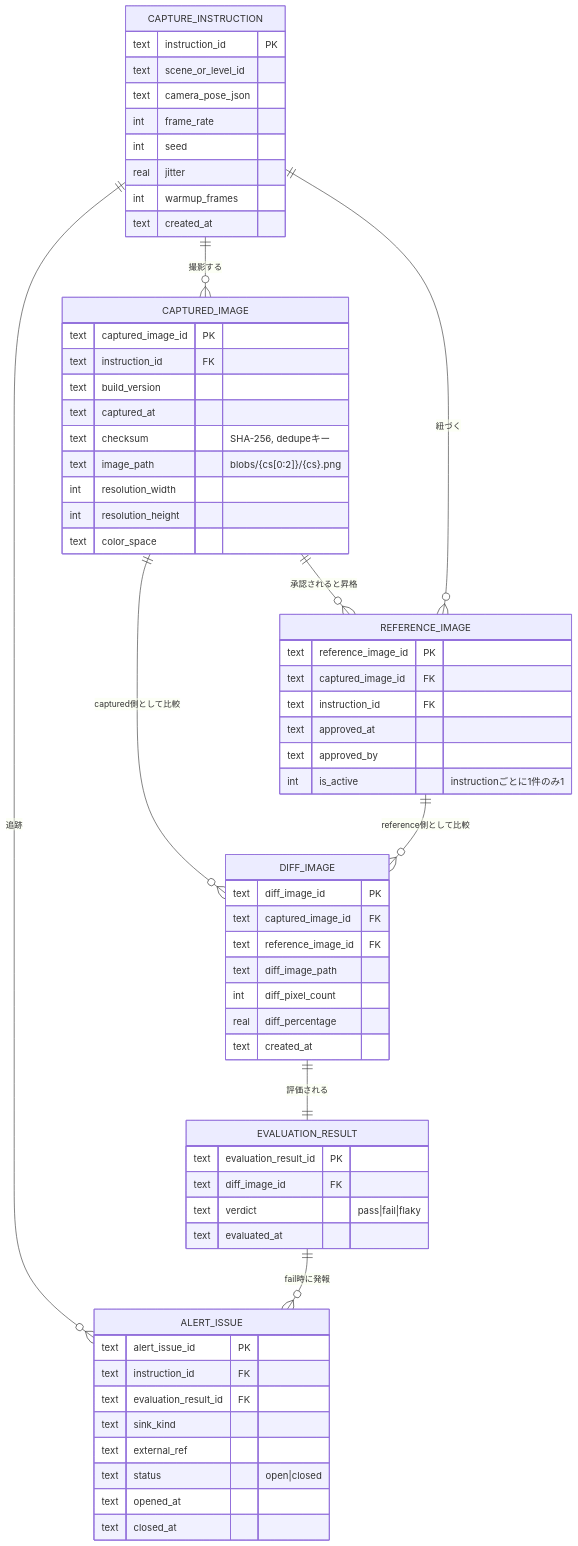
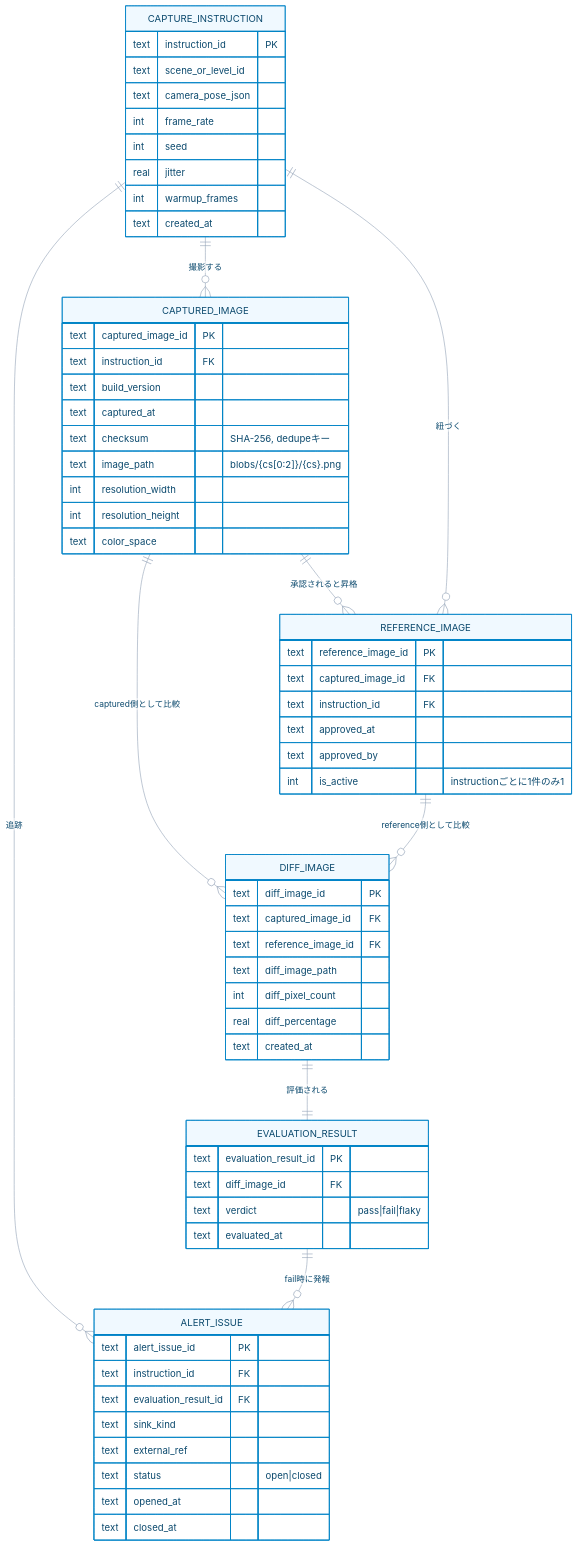
One commit to manato1201/VisualRegressionQATool changed the second of 7 diagrams in docs/ARCHITECTURE.md. Above: the diagram before and after it, drawn with Mermaid. The commit also changed other lines of this file and 18 other files, not shown here.

First line of the commit message:
CaptureAgent の共通インターフェース(Unity/Houdini)を追加し、図に色を付けた

````diff
--- a/docs/ARCHITECTURE.md
+++ b/docs/ARCHITECTURE.md
@@ -57,66 +75,67 @@
 ```mermaid
+%%{init: {'theme': 'base', 'themeVariables': { 'primaryColor': '#f0f9ff', 'primaryBorderColor': '#0284c7', 'primaryTextColor': '#0c4a6e', 'lineColor': '#94a3b8', 'fontFamily': 'Inter, sans-serif' }}}%%
 erDiagram
     CAPTURE_INSTRUCTION ||--o{ CAPTURED_IMAGE : "撮影する"
     CAPTURED_IMAGE ||--o{ REFERENCE_IMAGE : "承認されると昇格"
     CAPTURE_INSTRUCTION ||--o{ REFERENCE_IMAGE : "紐づく"
     CAPTURED_IMAGE ||--o{ DIFF_IMAGE : "captured側として比較"
     REFERENCE_IMAGE ||--o{ DIFF_IMAGE : "reference側として比較"
     DIFF_IMAGE ||--|| EVALUATION_RESULT : "評価される"
     CAPTURE_INSTRUCTION ||--o{ ALERT_ISSUE : "追跡"
     EVALUATION_RESULT ||--o{ ALERT_ISSUE : "fail時に発報"
 
     CAPTURE_INSTRUCTION {
         text instruction_id PK
         text scene_or_level_id
         text camera_pose_json
         int frame_rate
         int seed
         real jitter
         int warmup_frames
         text created_at
     }
     CAPTURED_IMAGE {
         text captured_image_id PK
         text instruction_id FK
         text build_version
         text captured_at
         text checksum "SHA-256, dedupeキー"
         text image_path "blobs/{cs[0:2]}/{cs}.png"
         int resolution_width
         int resolution_height
         text color_space
     }
     REFERENCE_IMAGE {
         text reference_image_id PK
         text captured_image_id FK
         text instruction_id FK
         text approved_at
         text approved_by
         int is_active "instructionごとに1件のみ1"
     }
     DIFF_IMAGE {
         text diff_image_id PK
         text captured_image_id FK
         text reference_image_id FK
         text diff_image_path
         int diff_pixel_count
         real diff_percentage
         text created_at
     }
     EVALUATION_RESULT {
         text evaluation_result_id PK
         text diff_image_id FK
         text verdict "pass|fail|flaky"
         text evaluated_at
     }
     ALERT_ISSUE {
         text alert_issue_id PK
         text instruction_id FK
         text evaluation_result_id FK
         text sink_kind
         text external_ref
         text status "open|closed"
         text opened_at
         text closed_at
     }
 ```
````
